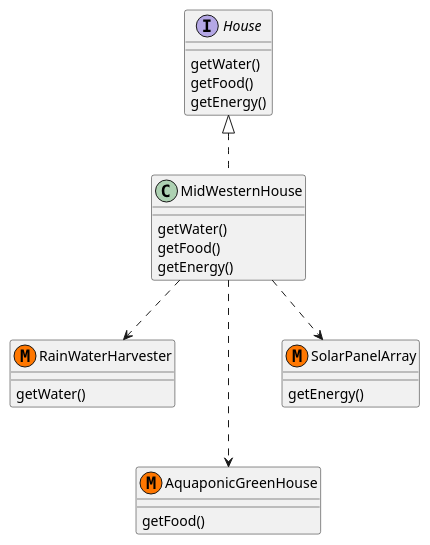
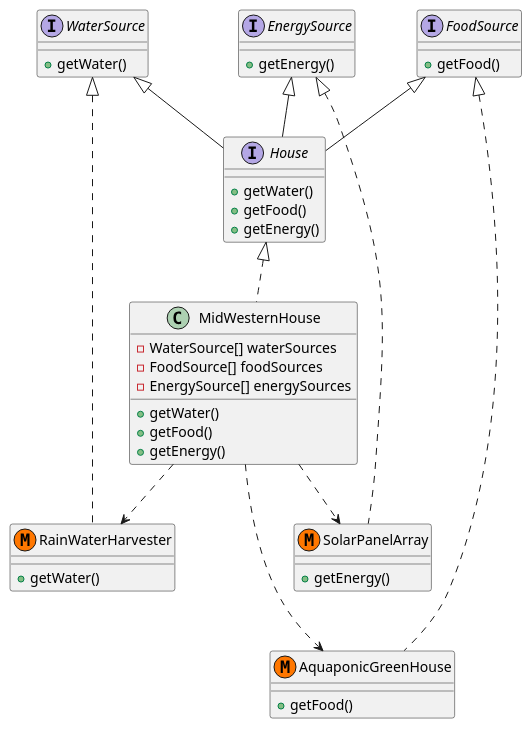
The diagram in mid-western-house-implementation.plantuml (gbroques/ecovillage-resource-management-spec), drawn with PlantUML before and after one commit. The commit also changed 2 other files, not shown here.

Commit message:
Add resource sources interfaces and expand to multiple resource sources

```diff
--- a/mid-western-house-implementation.plantuml
+++ b/mid-western-house-implementation.plantuml
@@ -1,32 +1,49 @@
 @startuml mid-western-house-implementation
-interface House {
-   getWater()
-   getFood()
-   getEnergy()
+
+interface WaterSource {
+   + getWater()
+}
+
+interface FoodSource {
+   + getFood()
+}
+
+interface EnergySource {
+   + getEnergy()
+}
+
+interface House extends WaterSource, FoodSource, EnergySource {
+   + getWater()
+   + getFood()
+   + getEnergy()
 }
 
 class MidWesternHouse implements House {
-   getWater()
-   getFood()
-   getEnergy()
+   - WaterSource[] waterSources
+   - FoodSource[] foodSources
+   - EnergySource[] energySources
+   
+   + getWater()
+   + getFood()
+   + getEnergy()
 }
 
 ' Responsible for the collection, storage, and purification of rain-water
-class RainWaterHarvester << (M,#FF7700) >> {
-   getWater()
+class RainWaterHarvester  << (M,#FF7700) >> implements WaterSource {
+   + getWater()
 }
 
 
-class AquaponicGreenHouse << (M,#FF7700) >> {
-   getFood()
+class AquaponicGreenHouse << (M,#FF7700) >> implements FoodSource {
+   + getFood()
 }
 
 
-class SolarPanelArray << (M,#FF7700) >> {
-   getEnergy()
+class SolarPanelArray << (M,#FF7700) >> implements EnergySource {
+   + getEnergy()
 }
 
 MidWesternHouse ..> RainWaterHarvester
 MidWesternHouse ..-> AquaponicGreenHouse
 MidWesternHouse ..> SolarPanelArray
 @enduml
```
